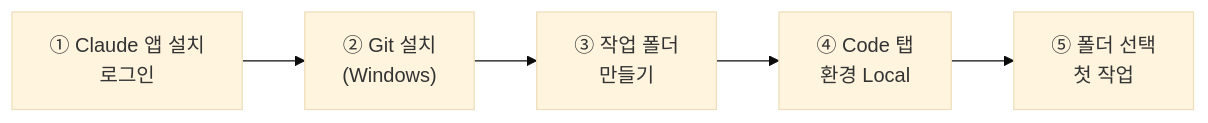
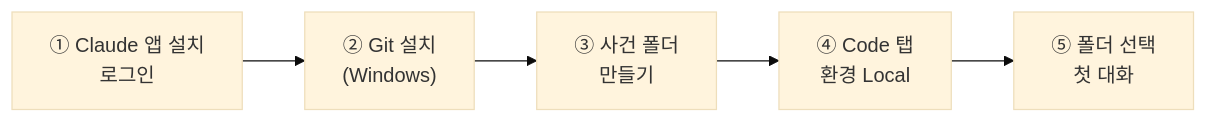
Before and after one commit to gyuber/claude-basics: the diagram in 기초/01-시작-준비.md, drawn with Mermaid (base theme). The commit also changed other lines of this file and 32 other files, not shown here.

````diff
--- a/기초/01-시작-준비.md
+++ b/기초/01-시작-준비.md
@@ -3,4 +3,4 @@
 ```mermaid
 flowchart LR
-  A["① Claude 앱 설치<br/>로그인"] --> B["② Git 설치<br/>(Windows)"] --> C["③ 작업 폴더<br/>만들기"] --> D["④ Code 탭<br/>환경 Local"] --> E["⑤ 폴더 선택<br/>첫 작업"]
+  A["① Claude 앱 설치<br/>로그인"] --> B["② Git 설치<br/>(Windows)"] --> C["③ 사건 폴더<br/>만들기"] --> D["④ Code 탭<br/>환경 Local"] --> E["⑤ 폴더 선택<br/>첫 대화"]
 ```
````
